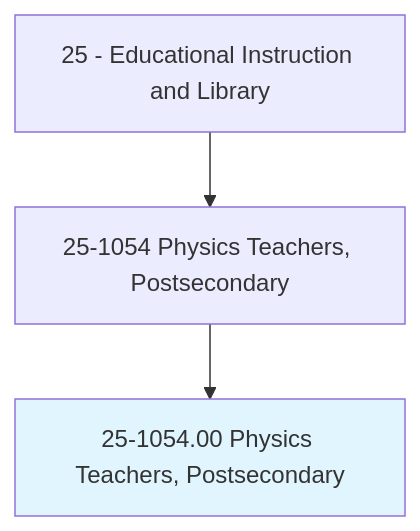
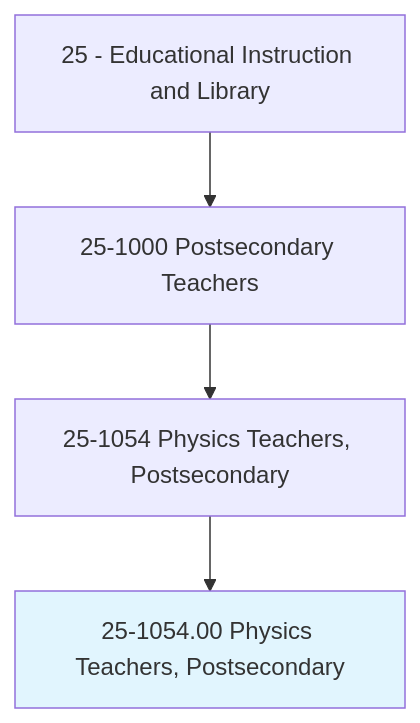
The first of 4 diagrams in occupations/Education/PhysicsTeachersPostsecondary.mdx (kziemski/business.org.ai), drawn with Mermaid before and after one commit. The commit also changed other lines of this file and 938 other files, not shown here.

````diff
--- a/occupations/Education/PhysicsTeachersPostsecondary.mdx
+++ b/occupations/Education/PhysicsTeachersPostsecondary.mdx
@@ -19,6 +23,7 @@
 ```mermaid
 graph TD
-    Cat25["25 - Educational Instruction and Library"] --> Group251054["25-1054 Physics Teachers, Postsecondary"]
+    Cat25["25 - Educational Instruction and Library"] --> Group251["25-1000 Postsecondary Teachers"]
+    Group251 --> Group251054["25-1054 Physics Teachers, Postsecondary"]
     Group251054 --> Current["25-1054.00 Physics Teachers, Postsecondary"]
     style Current fill:#e1f5fe
 ```
````
